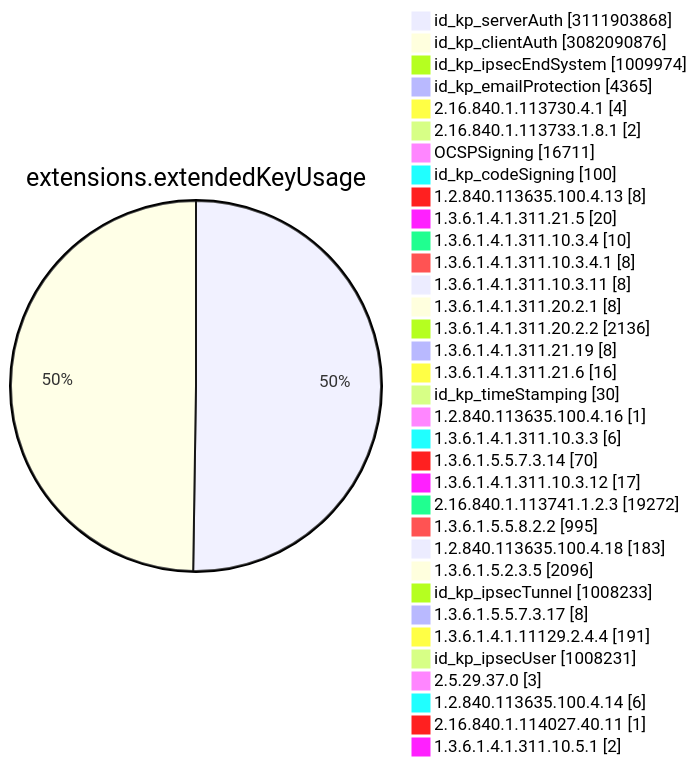
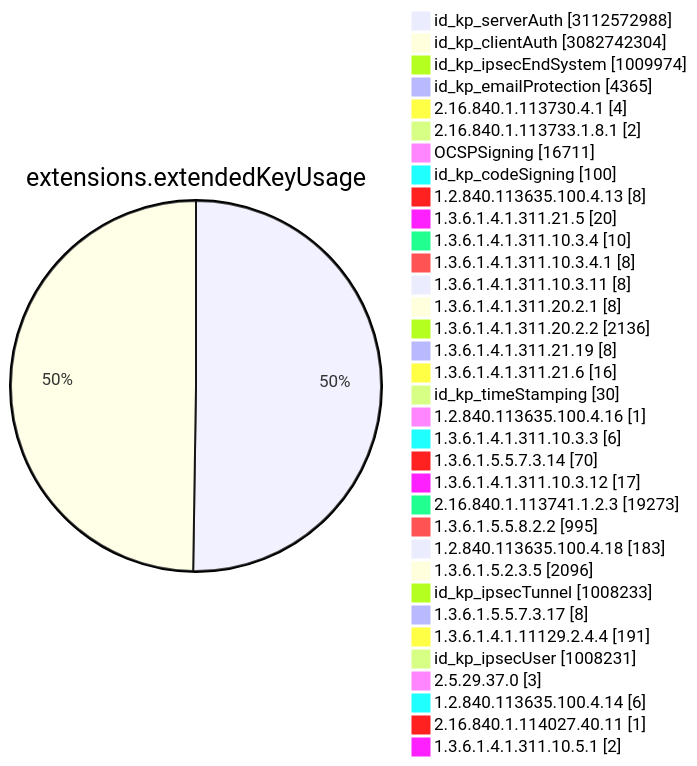
Before and after one commit to christiankrug/ctmonitor_visualization: diagram 11 of 15 in TOTAL/README.md, drawn with Mermaid. The commit also changed other lines of this file, not shown here.

````diff
--- a/TOTAL/README.md
+++ b/TOTAL/README.md
@@ -4117,38 +4117,38 @@
 ```mermaid
 pie showData
 title extensions.extendedKeyUsage
-"id_kp_serverAuth" :3111903868
-"id_kp_clientAuth" :3082090876
+"id_kp_serverAuth" :3112572988
+"id_kp_clientAuth" :3082742304
 "id_kp_ipsecEndSystem" :1009974
 "id_kp_emailProtection" :4365
 "2.16.840.1.113730.4.1" :4
 "2.16.840.1.113733.1.8.1" :2
 "OCSPSigning" :16711
 "id_kp_codeSigning" :100
 "1.2.840.113635.100.4.13" :8
 "1.3.6.1.4.1.311.21.5" :20
 "1.3.6.1.4.1.311.10.3.4" :10
 "1.3.6.1.4.1.311.10.3.4.1" :8
 "1.3.6.1.4.1.311.10.3.11" :8
 "1.3.6.1.4.1.311.20.2.1" :8
 "1.3.6.1.4.1.311.20.2.2" :2136
 "1.3.6.1.4.1.311.21.19" :8
 "1.3.6.1.4.1.311.21.6" :16
 "id_kp_timeStamping" :30
 "1.2.840.113635.100.4.16" :1
 "1.3.6.1.4.1.311.10.3.3" :6
 "1.3.6.1.5.5.7.3.14" :70
 "1.3.6.1.4.1.311.10.3.12" :17
-"2.16.840.1.113741.1.2.3" :19272
+"2.16.840.1.113741.1.2.3" :19273
 "1.3.6.1.5.5.8.2.2" :995
 "1.2.840.113635.100.4.18" :183
 "1.3.6.1.5.2.3.5" :2096
 "id_kp_ipsecTunnel" :1008233
 "1.3.6.1.5.5.7.3.17" :8
 "1.3.6.1.4.1.11129.2.4.4" :191
 "id_kp_ipsecUser" :1008231
 "2.5.29.37.0" :3
 "1.2.840.113635.100.4.14" :6
 "2.16.840.1.114027.40.11" :1
 "1.3.6.1.4.1.311.10.5.1" :2
 ```
````
